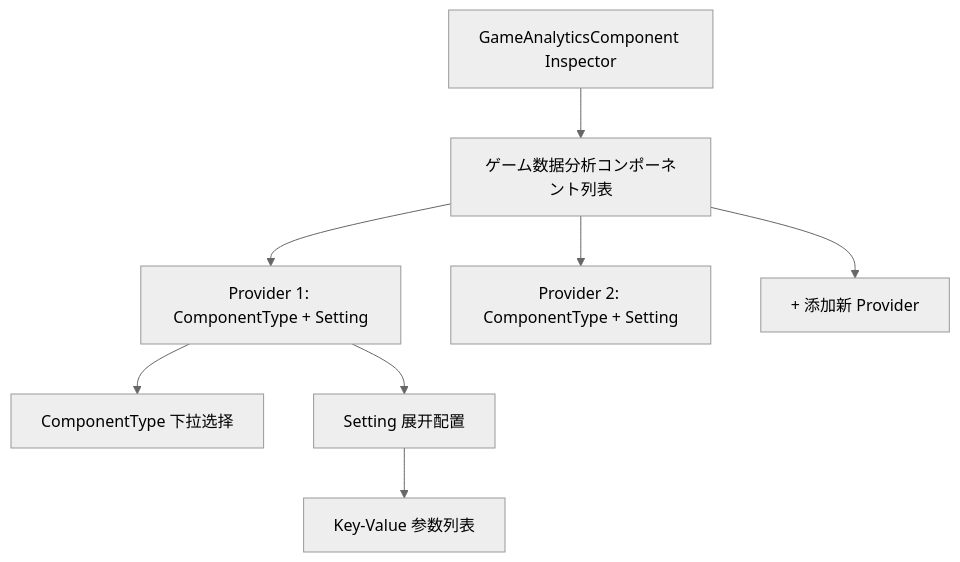
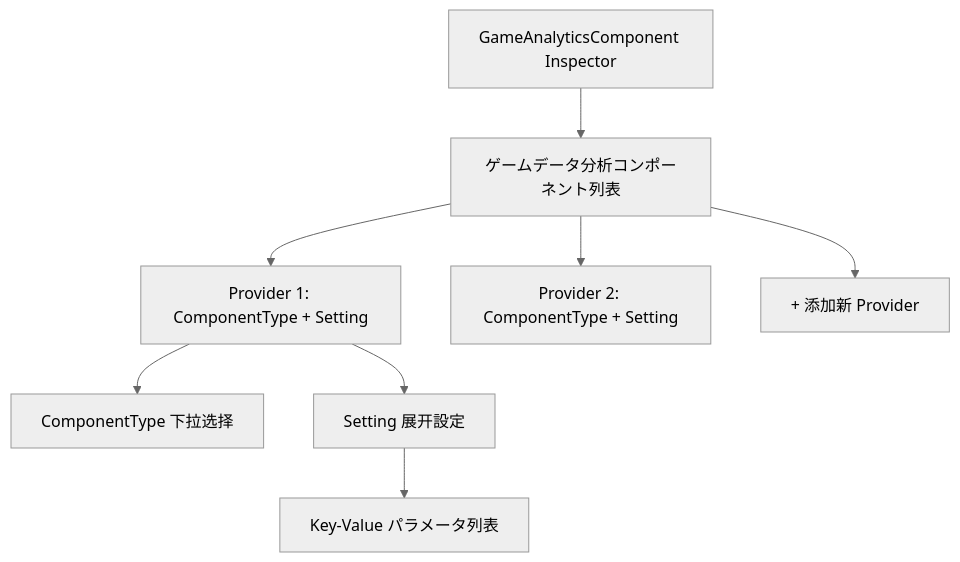
Before and after one commit to AlianBlank/GameFrameX.Docs: the first of 2 diagrams in docs/ja/client/unity/component/gameanalytics/05.configuration.md, drawn with Mermaid (neutral theme). The commit also changed other lines of this file and 320 other files, not shown here.

````diff
--- a/docs/ja/client/unity/component/gameanalytics/05.configuration.md
+++ b/docs/ja/client/unity/component/gameanalytics/05.configuration.md
@@ -37,11 +37,11 @@
 ```mermaid
 flowchart TD
-    A[GameAnalyticsComponent Inspector] --> B[ゲーム数据分析コンポーネント列表]
+    A[GameAnalyticsComponent Inspector] --> B[ゲームデータ分析コンポーネント列表]
     B --> C[Provider 1: ComponentType + Setting]
     B --> D[Provider 2: ComponentType + Setting]
     B --> E[+ 添加新 Provider]
     
     C --> C1[ComponentType 下拉选择]
-    C --> C2[Setting 展开配置]
-    C2 --> C2a[Key-Value 参数列表]
+    C --> C2[Setting 展开設定]
+    C2 --> C2a[Key-Value パラメータ列表]
 ```
````
